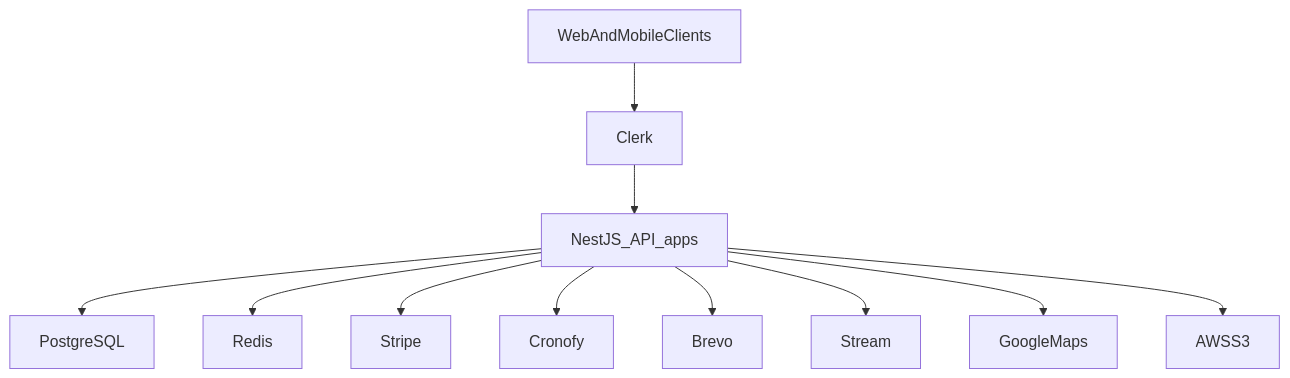
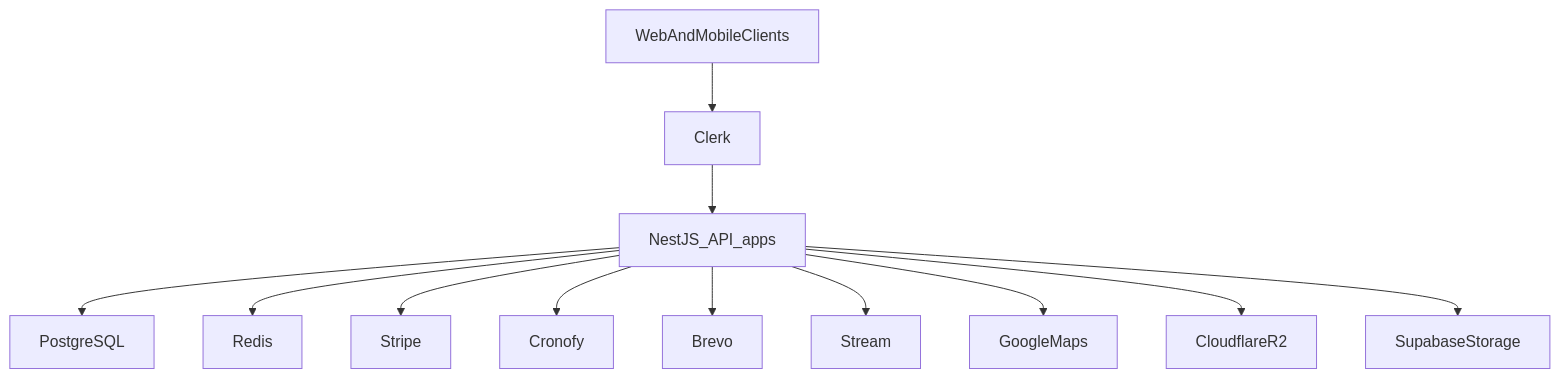
The diagram in stack.md (LabsFood/LF-BackEnd), drawn with Mermaid before and after one commit. The commit also changed other lines of this file and 10 other files, not shown here.

````diff
--- a/stack.md
+++ b/stack.md
@@ -48,25 +48,27 @@
 ```mermaid
 flowchart TD
     clients[WebAndMobileClients]
     clerk[Clerk]
     api[NestJS_API_apps]
     pg[PostgreSQL]
     redis[Redis]
     stripe[Stripe]
     cronofy[Cronofy]
     brevo[Brevo]
     stream[Stream]
     maps[GoogleMaps]
-    s3[AWSS3]
+    r2[CloudflareR2]
+    storage[SupabaseStorage]
 
     clients --> clerk
     clerk --> api
     api --> pg
     api --> redis
     api --> stripe
     api --> cronofy
     api --> brevo
     api --> stream
     api --> maps
-    api --> s3
+    api --> r2
+    api --> storage
 ```
````
